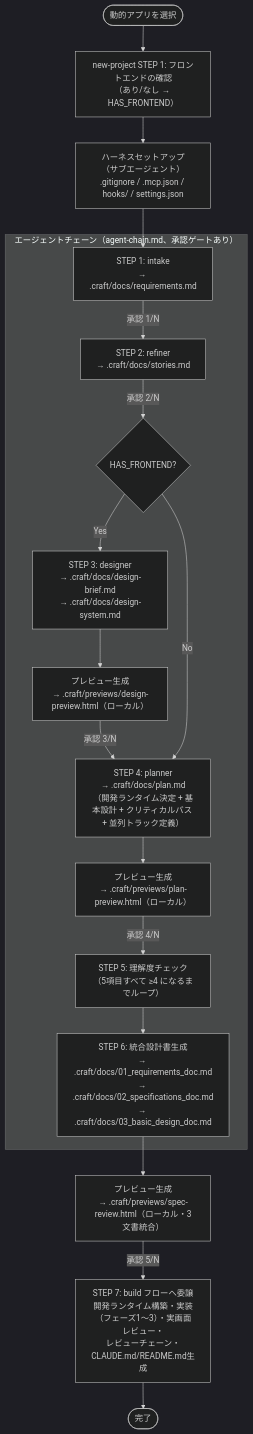
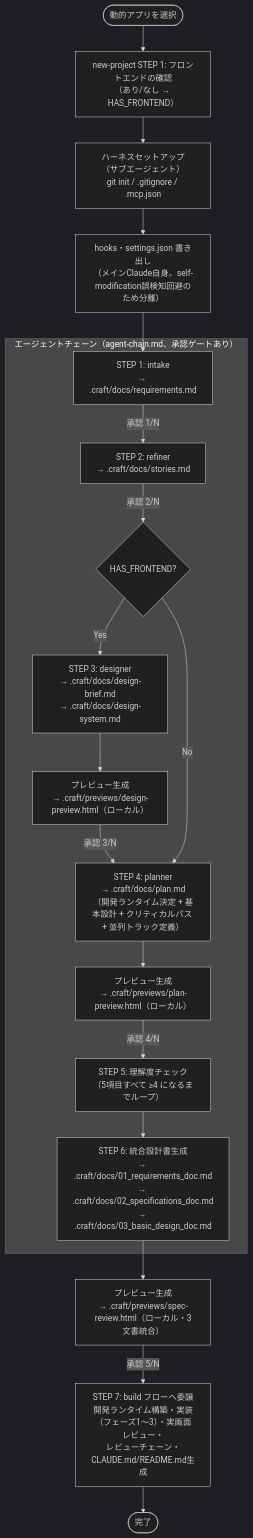
One commit to agaemo/dotfiles changed the diagram in claude/skills/craft/flows/new-project/README.md. Above: the diagram before and after it, drawn with Mermaid (dark theme). The commit also changed 7 other files, not shown here.

````diff
--- a/claude/skills/craft/flows/new-project/README.md
+++ b/claude/skills/craft/flows/new-project/README.md
@@ -6,36 +6,37 @@
 ```mermaid
 flowchart TD
     START([動的アプリを選択]) --> S0
 
     S0["new-project STEP 1: フロントエンドの確認\n（あり/なし → HAS_FRONTEND）"]
     S0 --> SETUP
 
-    SETUP["ハーネスセットアップ\n（サブエージェント）\n.gitignore / .mcp.json / hooks/ / settings.json"]
-    SETUP --> S1
+    SETUP["ハーネスセットアップ\n（サブエージェント）\ngit init / .gitignore / .mcp.json"]
+    SETUP --> SETUP2["hooks・settings.json 書き出し\n（メインClaude自身。self-modification誤検知回避のため分離）"]
+    SETUP2 --> S1
 
     subgraph DESIGN["エージェントチェーン（agent-chain.md、承認ゲートあり）"]
         S1["STEP 1: intake\n→ .craft/docs/requirements.md"]
         S1 -->|承認 1/N| S2
         S2["STEP 2: refiner\n→ .craft/docs/stories.md"]
         S2 -->|承認 2/N| S3_CHECK
 
         S3_CHECK{HAS_FRONTEND?}
         S3_CHECK -->|Yes| S3["STEP 3: designer\n→ .craft/docs/design-brief.md\n→ .craft/docs/design-system.md"]
         S3 --> S3P["プレビュー生成\n→ .craft/previews/design-preview.html（ローカル）"]
         S3P -->|承認 3/N| S4
         S3_CHECK -->|No| S4
 
         S4["STEP 4: planner\n→ .craft/docs/plan.md\n（開発ランタイム決定 + 基本設計 + クリティカルパス + 並列トラック定義）"]
         S4 --> S4P["プレビュー生成\n→ .craft/previews/plan-preview.html（ローカル）"]
         S4P -->|承認 4/N| S45
         S45["STEP 5: 理解度チェック\n（5項目すべて ≥4 になるまでループ）"]
         S45 --> S5
     end
 
     S5["STEP 6: 統合設計書生成\n→ .craft/docs/01_requirements_doc.md\n→ .craft/docs/02_specifications_doc.md\n→ .craft/docs/03_basic_design_doc.md"]
     S5 --> S5P["プレビュー生成\n→ .craft/previews/spec-review.html（ローカル・3文書統合）"]
     S5P -->|承認 5/N| S6
 
     S6["STEP 7: build フローへ委譲\n開発ランタイム構築・実装（フェーズ1〜3）・実画面レビュー・\nレビューチェーン・CLAUDE.md/README.md生成"]
     S6 --> END([完了])
 ```
````
